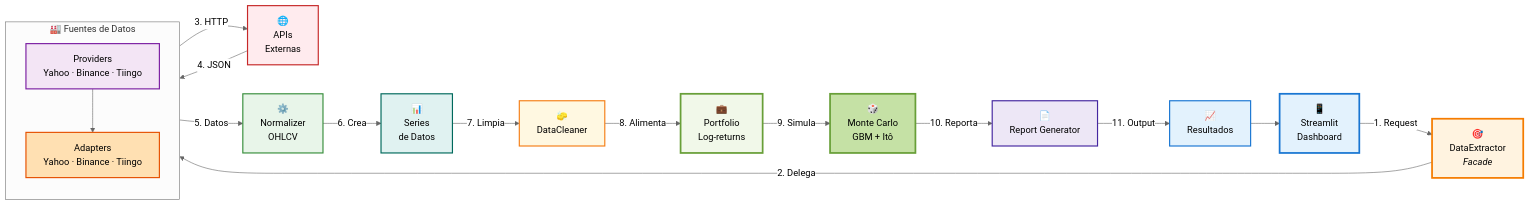
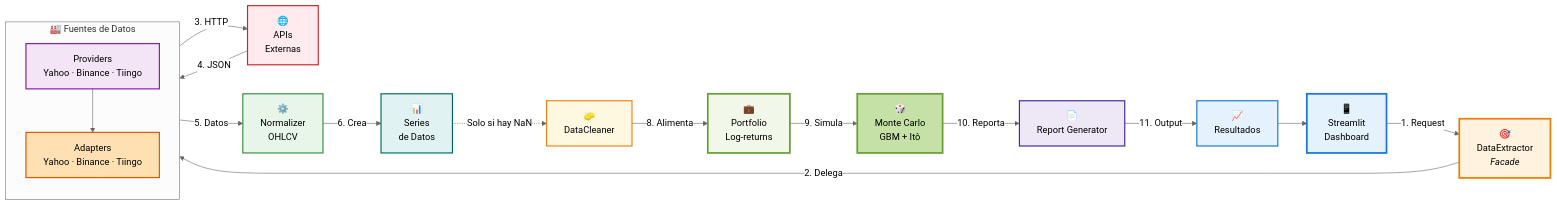
Before and after one commit to AlejandroGCN/analizador-bursatil: the second of 2 diagrams in docs/DIAGRAMAS.md, drawn with Mermaid (neutral theme). The commit also changed other lines of this file and 1 other file, not shown here.

Commit message:
Document optional data cleaning and series mixins

````diff
--- a/docs/DIAGRAMAS.md
+++ b/docs/DIAGRAMAS.md
@@ -88,62 +88,62 @@
 ```mermaid
 graph LR
     %% ============================================
     %% DIAGRAMA 2: FLUJO Y ARQUITECTURA
     %% Horizontal - Muestra el flujo de datos
     %% ============================================
     
     UI[📱<br/>Streamlit<br/>Dashboard]
     
     FACADE[🎯<br/>DataExtractor<br/><i>Facade</i>]
     
     subgraph SOURCES["🏭 Fuentes de Datos"]
         direction TB
         PROV[Providers<br/>Yahoo · Binance · Tiingo]
         ADAP[Adapters<br/>Yahoo · Binance · Tiingo]
         PROV --> ADAP
     end
     
     APIS[🌐<br/>APIs<br/>Externas]
     
     NORM[⚙️<br/>Normalizer<br/>OHLCV]
     
     SERIES[📊<br/>Series<br/>de Datos]
 
     CLEANER[🧽<br/>DataCleaner]
 
     PORTFOLIO[💼<br/>Portfolio<br/>Log-returns]
 
     MC[🎲<br/>Monte Carlo<br/>GBM + Itô]
 
     REPORTS[📄<br/>Report Generator]
 
     RESULTS[📈<br/>Resultados]
     
     %% FLUJO PRINCIPAL
     UI -->|1. Request| FACADE
     FACADE -->|2. Delega| SOURCES
     SOURCES -->|3. HTTP| APIS
     APIS -->|4. JSON| SOURCES
     SOURCES -->|5. Datos| NORM
     NORM -->|6. Crea| SERIES
-    SERIES -->|7. Limpia| CLEANER
+    SERIES -. "Solo si hay NaN" .-> CLEANER
     CLEANER -->|8. Alimenta| PORTFOLIO
     PORTFOLIO -->|9. Simula| MC
     MC -->|10. Reporta| REPORTS
     REPORTS -->|11. Output| RESULTS
     RESULTS --> UI
     
     %% ESTILOS
     style UI fill:#e3f2fd,stroke:#1976d2,stroke-width:3px
     style FACADE fill:#fff3e0,stroke:#f57c00,stroke-width:3px
     style PROV fill:#f3e5f5,stroke:#7b1fa2,stroke-width:2px
     style ADAP fill:#ffe0b2,stroke:#e65100,stroke-width:2px
     style APIS fill:#ffebee,stroke:#c62828,stroke-width:2px
     style NORM fill:#e8f5e9,stroke:#388e3c,stroke-width:2px
     style SERIES fill:#e0f2f1,stroke:#00695c,stroke-width:2px
     style CLEANER fill:#fff8e1,stroke:#f57f17,stroke-width:2px
     style PORTFOLIO fill:#f1f8e9,stroke:#689f38,stroke-width:3px
     style MC fill:#c5e1a5,stroke:#689f38,stroke-width:3px
     style REPORTS fill:#ede7f6,stroke:#4527a0,stroke-width:2px
     style RESULTS fill:#e3f2fd,stroke:#1976d2,stroke-width:2px
 ```
````
